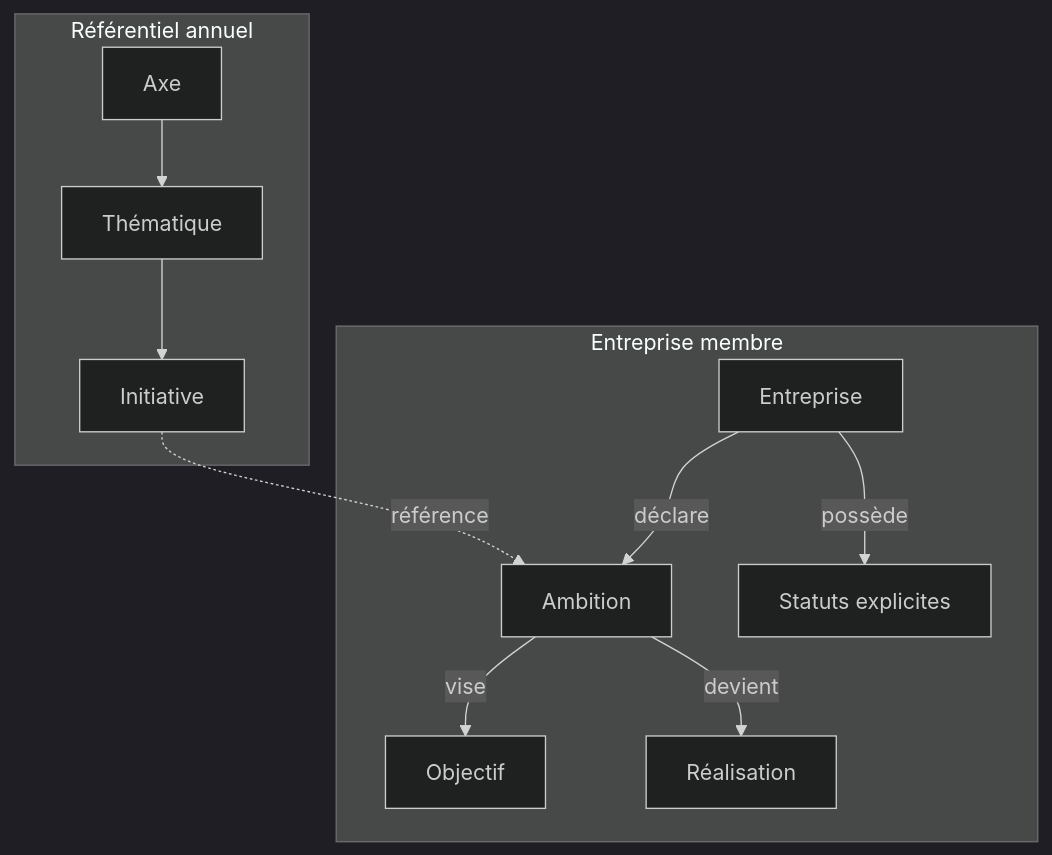
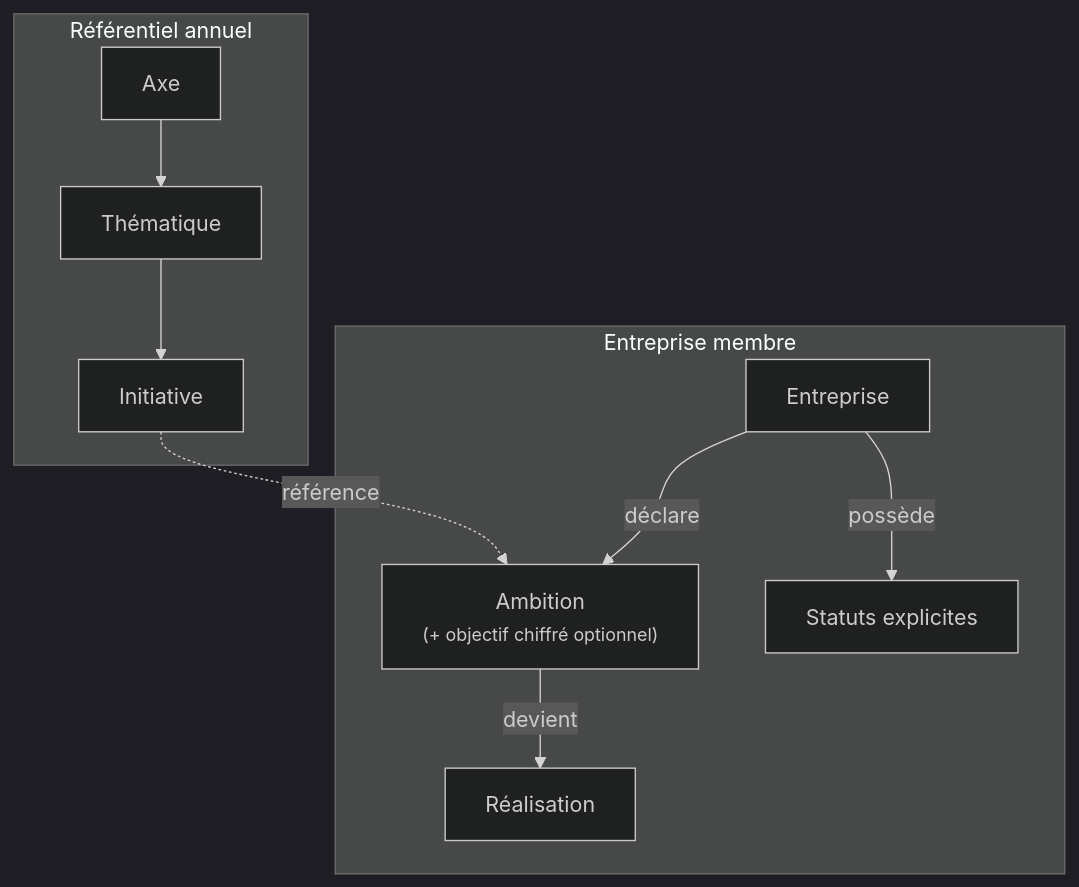
One commit to ShallowRed/lee-ontologie-docs changed the first of 2 diagrams in docs/02-proposition-ontologique.md. Above: the diagram before and after it, drawn with Mermaid (dark theme). The commit also changed other lines of this file and 1 other file, not shown here.

````diff
--- a/docs/02-proposition-ontologique.md
+++ b/docs/02-proposition-ontologique.md
@@ -15,15 +15,14 @@
 ```mermaid
 graph TB
     subgraph "Référentiel annuel"
         AXE[Axe] --> THEM[Thématique] --> INIT[Initiative]
     end
     
     subgraph "Entreprise membre"
-        ENT[Entreprise] -->|déclare| AMB[Ambition]
-        AMB -->|vise| OBJ[Objectif]
+        ENT[Entreprise] -->|déclare| AMB["Ambition<br/><small>(+ objectif chiffré optionnel)</small>"]
         AMB -->|devient| REAL[Réalisation]
         ENT -->|possède| STAT[Statuts explicites]
     end
     
     INIT -.->|référence| AMB
 ```
````
